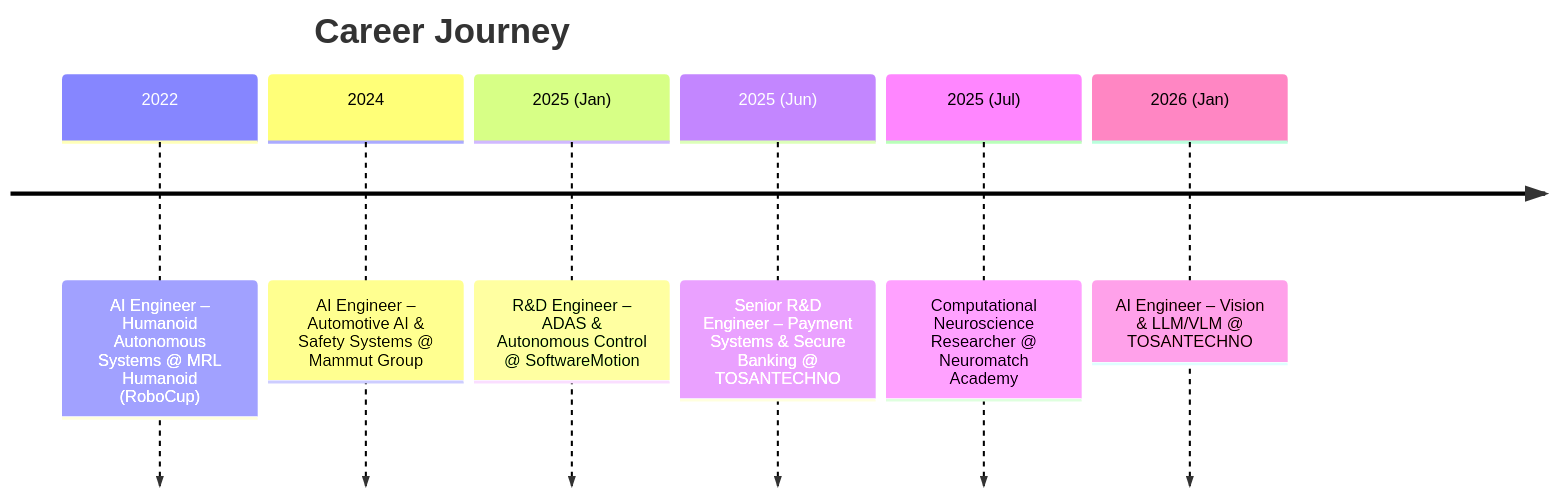
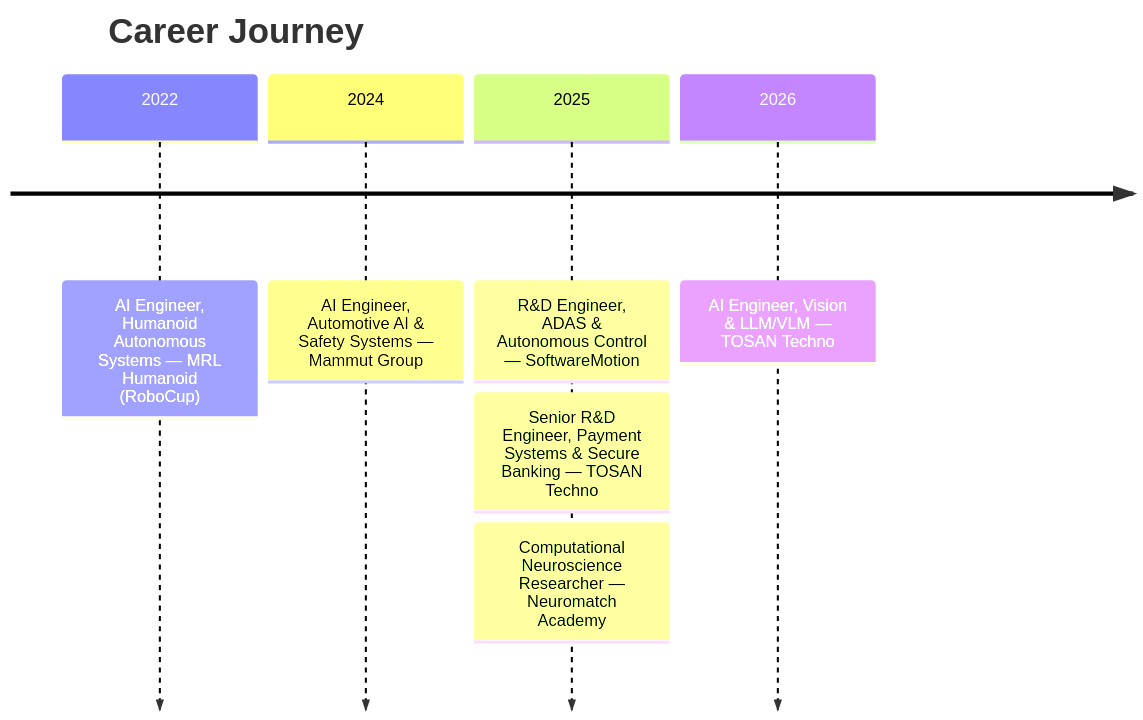
Before and after one commit to Awrsha/Awrsha: the diagram in README.md, drawn with Mermaid. The commit also changed other lines of this file, not shown here.

````diff
--- a/README.md
+++ b/README.md
@@ -88,10 +84,10 @@
 ```mermaid
 timeline
     title Career Journey
-    2022 : AI Engineer – Humanoid Autonomous Systems @ MRL Humanoid (RoboCup)
-    2024 : AI Engineer – Automotive AI & Safety Systems @ Mammut Group
-    2025 (Jan) : R&D Engineer – ADAS & Autonomous Control @ SoftwareMotion
-    2025 (Jun) : Senior R&D Engineer – Payment Systems & Secure Banking @ TOSANTECHNO
-    2025 (Jul) : Computational Neuroscience Researcher @ Neuromatch Academy
-    2026 (Jan) : AI Engineer – Vision & LLM/VLM @ TOSANTECHNO
+    2022 : AI Engineer, Humanoid Autonomous Systems — MRL Humanoid (RoboCup)
+    2024 : AI Engineer, Automotive AI & Safety Systems — Mammut Group
+    2025 : R&D Engineer, ADAS & Autonomous Control — SoftwareMotion
+         : Senior R&D Engineer, Payment Systems & Secure Banking — TOSAN Techno
+         : Computational Neuroscience Researcher — Neuromatch Academy
+    2026 : AI Engineer, Vision & LLM/VLM — TOSAN Techno
 ```
````
